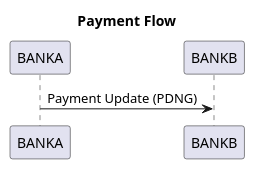
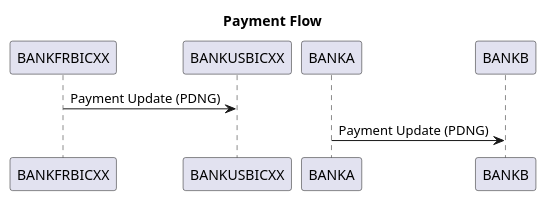
The diagram in cxf-five-module-project/sequence_diagram.puml (paulanthonybegley/Sts-swift-tracking), drawn with PlantUML before and after one commit. The commit also changed 20 other files, not shown here.

```diff
--- a/cxf-five-module-project/sequence_diagram.puml
+++ b/cxf-five-module-project/sequence_diagram.puml
@@ -1,4 +1,5 @@
 @startuml
 title Payment Flow
+"BANKFRBICXX" -> "BANKUSBICXX": Payment Update (PDNG)
 "BANKA" -> "BANKB": Payment Update (PDNG)
 @enduml
```
